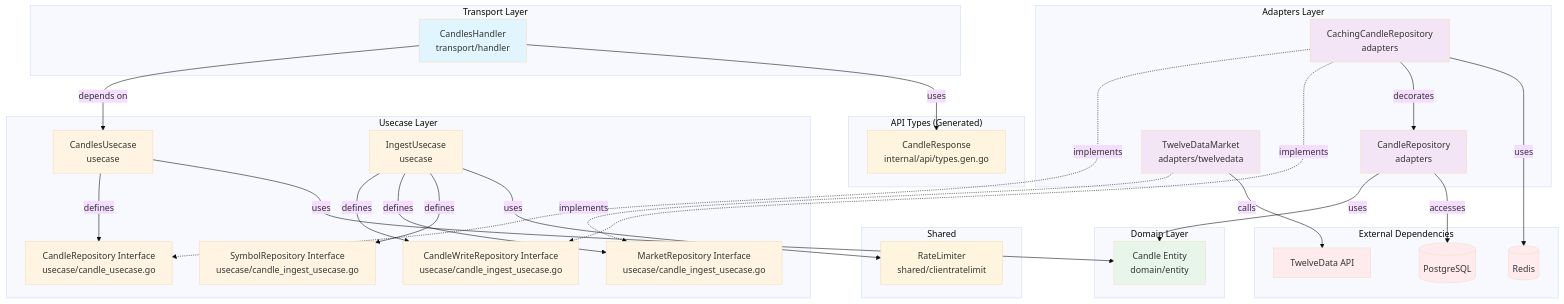
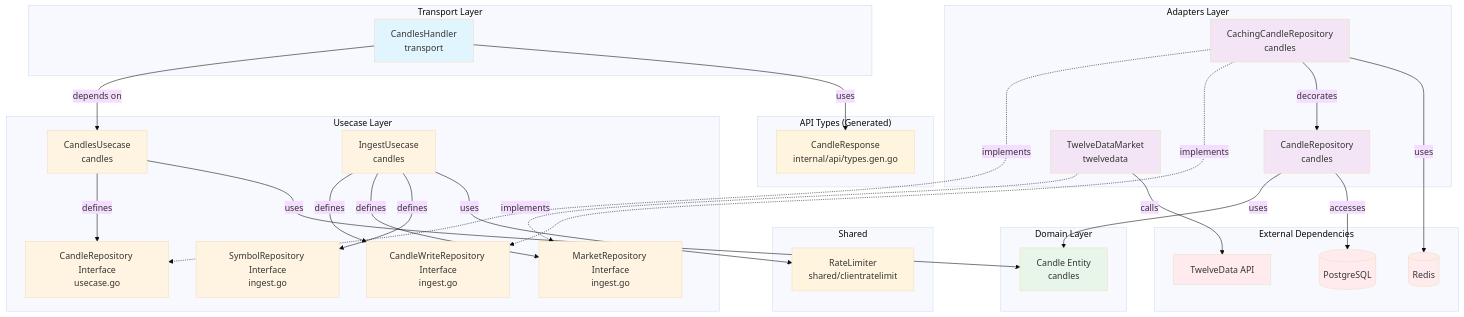
The third of 3 diagrams in internal/feature/candles/README.md (UCHIDAnobuhiro/stock_backend), drawn with Mermaid (base theme) before and after one commit. The commit also changed other lines of this file and 6 other files, not shown here.

````diff
--- a/internal/feature/candles/README.md
+++ b/internal/feature/candles/README.md
@@ -211,71 +211,71 @@
 ```mermaid
 graph TB
     subgraph "Transport Layer"
-        Handler[CandlesHandler<br/>transport/handler]
+        Handler[CandlesHandler<br/>transport]
     end
 
     subgraph "API Types (Generated)"
         APITypes[CandleResponse<br/>internal/api/types.gen.go]
     end
 
     subgraph "Usecase Layer"
-        CandlesUC[CandlesUsecase<br/>usecase]
-        IngestUC[IngestUsecase<br/>usecase]
-        ReadInterface[CandleRepository Interface<br/>usecase/candle_usecase.go]
-        WriteInterface[CandleWriteRepository Interface<br/>usecase/candle_ingest_usecase.go]
-        MarketInterface[MarketRepository Interface<br/>usecase/candle_ingest_usecase.go]
-        SymbolInterface[SymbolRepository Interface<br/>usecase/candle_ingest_usecase.go]
+        CandlesUC[CandlesUsecase<br/>candles]
+        IngestUC[IngestUsecase<br/>candles]
+        ReadInterface[CandleRepository Interface<br/>usecase.go]
+        WriteInterface[CandleWriteRepository Interface<br/>ingest.go]
+        MarketInterface[MarketRepository Interface<br/>ingest.go]
+        SymbolInterface[SymbolRepository Interface<br/>ingest.go]
     end
 
     subgraph "Domain Layer"
-        Entity[Candle Entity<br/>domain/entity]
+        Entity[Candle Entity<br/>candles]
     end
 
     subgraph "Adapters Layer"
-        RepoImpl[CandleRepository<br/>adapters]
-        Cache[CachingCandleRepository<br/>adapters]
-        TwelveData[TwelveDataMarket<br/>adapters/twelvedata]
+        RepoImpl[CandleRepository<br/>candles]
+        Cache[CachingCandleRepository<br/>candles]
+        TwelveData[TwelveDataMarket<br/>twelvedata]
     end
 
     subgraph "Shared"
         RateLimiter[RateLimiter<br/>shared/clientratelimit]
     end
 
     subgraph "External Dependencies"
         DB[(PostgreSQL)]
         Redis[(Redis)]
         API[TwelveData API]
     end
 
     Handler -->|depends on| CandlesUC
     Handler -->|uses| APITypes
     CandlesUC -->|defines| ReadInterface
     CandlesUC -->|uses| Entity
     IngestUC -->|defines| WriteInterface
     IngestUC -->|defines| MarketInterface
     IngestUC -->|defines| SymbolInterface
     IngestUC -->|uses| RateLimiter
     Cache -.->|implements| ReadInterface
     Cache -.->|implements| WriteInterface
     Cache -->|decorates| RepoImpl
     Cache -->|uses| Redis
     RepoImpl -->|uses| Entity
     RepoImpl -->|accesses| DB
     TwelveData -.->|implements| MarketInterface
     TwelveData -->|calls| API
 
     style Handler fill:#e1f5ff
     style CandlesUC fill:#fff4e1
     style IngestUC fill:#fff4e1
     style Entity fill:#e8f5e9
     style ReadInterface fill:#fff4e1
     style WriteInterface fill:#fff4e1
     style MarketInterface fill:#fff4e1
     style SymbolInterface fill:#fff4e1
     style RepoImpl fill:#f3e5f5
     style Cache fill:#f3e5f5
     style TwelveData fill:#f3e5f5
     style DB fill:#ffebee
     style Redis fill:#ffebee
     style API fill:#ffebee
 ```
````
